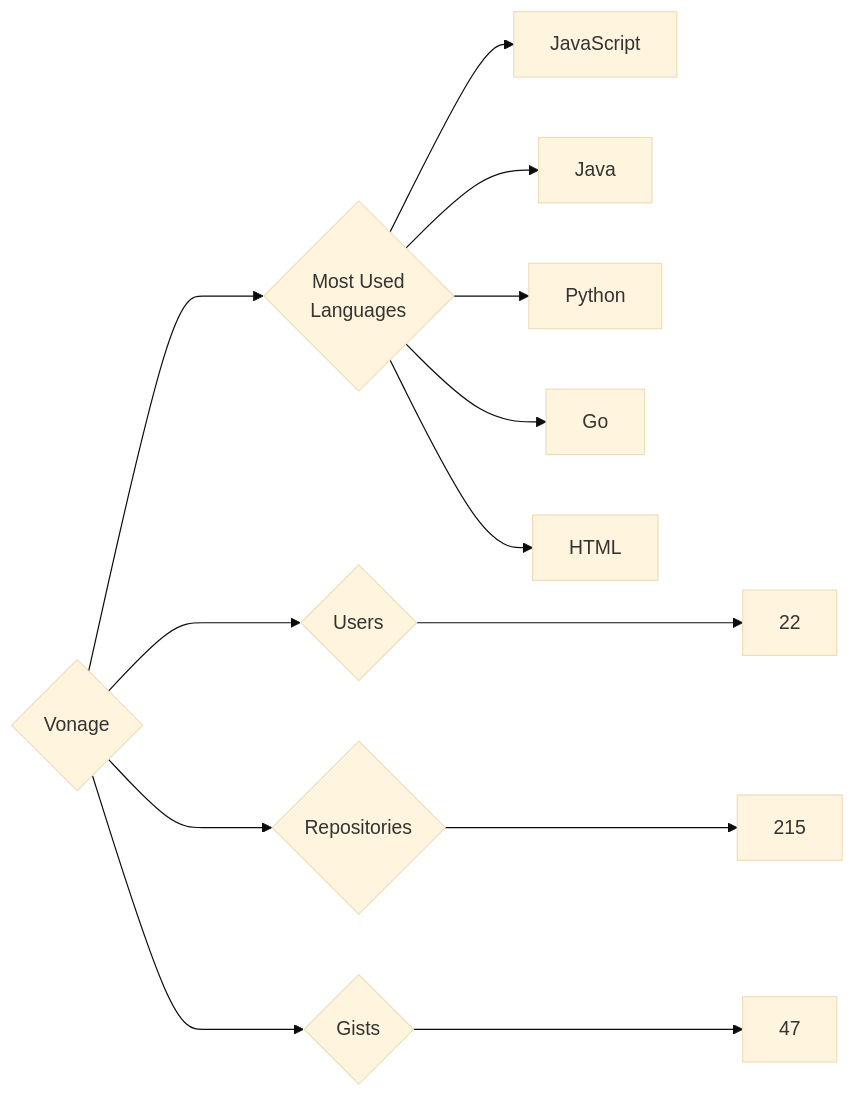
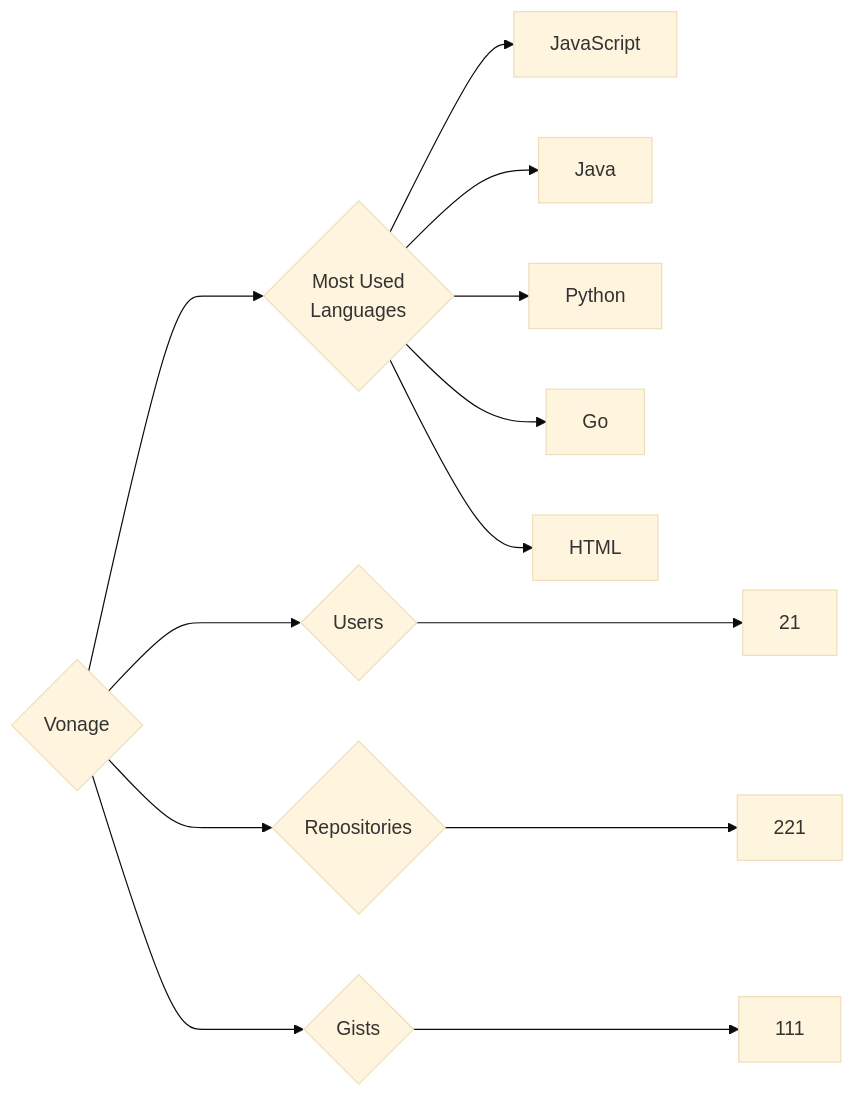
One commit to trickest/insiders changed the diagram in targets/Vonage/README.md. Above: the diagram before and after it, drawn with Mermaid (base theme). The commit also changed 928 other files, not shown here.

````diff
--- a/targets/Vonage/README.md
+++ b/targets/Vonage/README.md
@@ -3,13 +3,13 @@
 ```mermaid
 graph LR
 COMPANY_NAME{Vonage}
-COMPANY_NAME ---> U{Users} ---> UN[22]
-COMPANY_NAME ---> R{Repositories} ---> RN[215]
-COMPANY_NAME ---> G{Gists} ---> GN[47]
+COMPANY_NAME ---> U{Users} ---> UN[21]
+COMPANY_NAME ---> R{Repositories} ---> RN[221]
+COMPANY_NAME ---> G{Gists} ---> GN[111]
 COMPANY_NAME ---> ML{Most Used<br>Languages}
 ML --> JavaScript[JavaScript]
 ML --> Java[Java]
 ML --> Python[Python]
 ML --> Go[Go]
 ML --> HTML[HTML]
 ```
````
